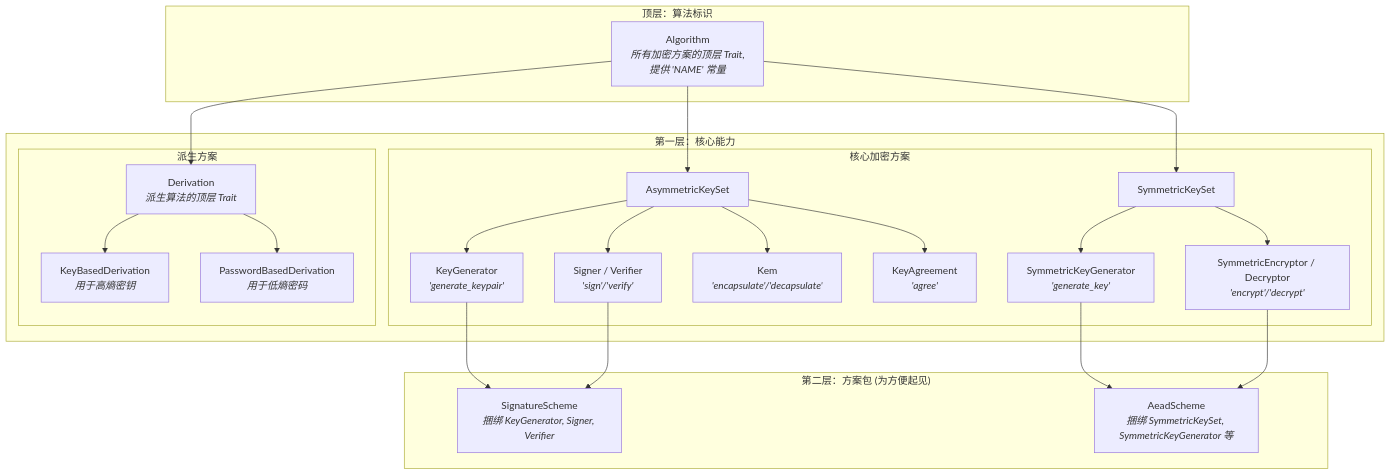
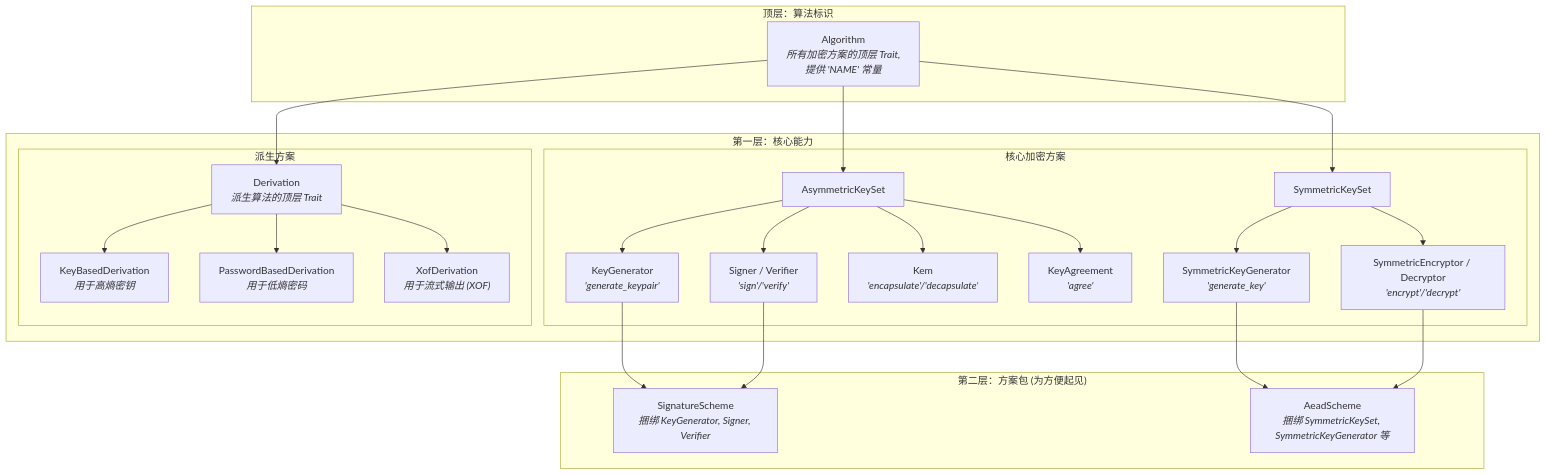
Before and after one commit to ShaoG-R/seal-crypto: the first of 2 diagrams in README_CN.md, drawn with Mermaid. The commit also changed other lines of this file and 14 other files, not shown here.

````diff
--- a/README_CN.md
+++ b/README_CN.md
@@ -82,50 +82,52 @@
 ```mermaid
 graph TD
     subgraph "顶层：算法标识"
         Z["Algorithm<br/><i>所有加密方案的顶层 Trait,<br/>提供 'NAME' 常量</i>"]
     end
 
     subgraph "第一层：核心能力"
         subgraph "核心加密方案"
             C["AsymmetricKeySet"]
             D["SymmetricKeySet"]
 
             F["KeyGenerator<br/><i>'generate_keypair'</i>"]
             G["Signer / Verifier<br/><i>'sign'/'verify'</i>"]
             H["Kem<br/><i>'encapsulate'/'decapsulate'</i>"]
             M["KeyAgreement<br/><i>'agree'</i>"]
             
             I["SymmetricKeyGenerator<br/><i>'generate_key'</i>"]
             J["SymmetricEncryptor / Decryptor<br/><i>'encrypt'/'decrypt'</i>"]
         end
         
         subgraph "派生方案"
             N_BASE["Derivation<br/><i>派生算法的顶层 Trait</i>"]
             N_KEY["KeyBasedDerivation<br/><i>用于高熵密钥</i>"]
             N_PASS["PasswordBasedDerivation<br/><i>用于低熵密码</i>"]
+            N_XOF["XofDerivation<br/><i>用于流式输出 (XOF)</i>"]
         end
     end
     
     subgraph "第二层：方案包 (为方便起见)"
         K["SignatureScheme<br/><i>捆绑 KeyGenerator, Signer, Verifier</i>"]
         L["AeadScheme<br/><i>捆绑 SymmetricKeySet, SymmetricKeyGenerator 等</i>"]
     end
 
     Z --> C
     Z --> D
     Z --> N_BASE
     
     C --> F
     C --> G
     C --> H
     C --> M
     
     F & G --> K
 
     D --> I
     D --> J
     I & J --> L
 
     N_BASE --> N_KEY
     N_BASE --> N_PASS
+    N_BASE --> N_XOF
 ```
````
